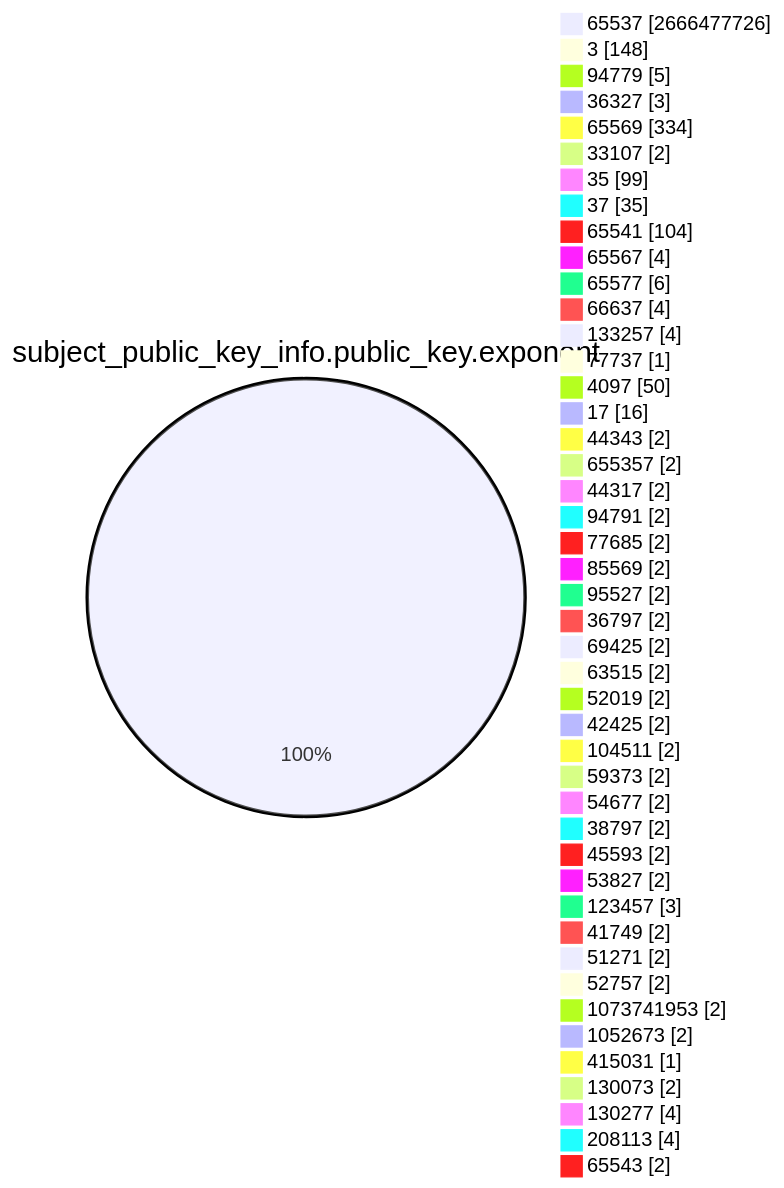
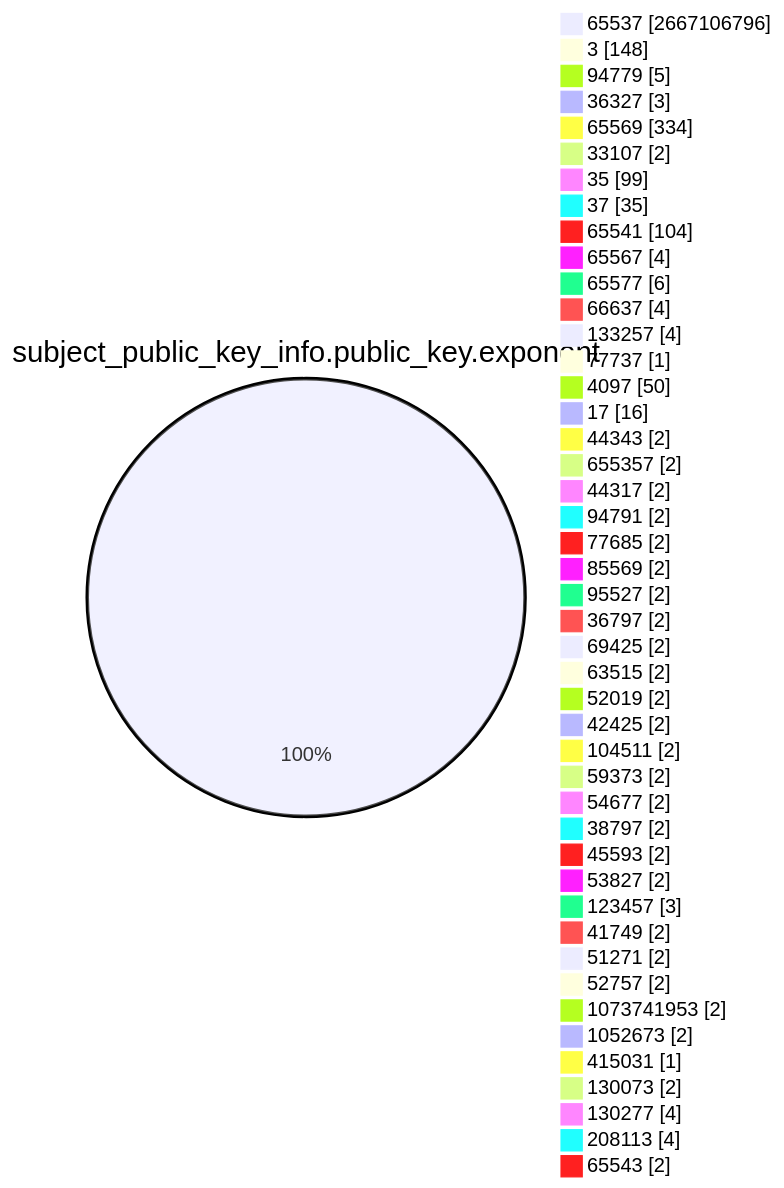
One commit to christiankrug/ctmonitor_visualization changed the fourth of 15 diagrams in TOTAL/README.md. Above: the diagram before and after it, drawn with Mermaid. The commit also changed other lines of this file, not shown here.

````diff
--- a/TOTAL/README.md
+++ b/TOTAL/README.md
@@ -1466,49 +1466,49 @@
 ```mermaid
 pie showData
 title subject_public_key_info.public_key.exponent
-"65537" :2666477726
+"65537" :2667106796
 "3" :148
 "94779" :5
 "36327" :3
 "65569" :334
 "33107" :2
 "35" :99
 "37" :35
 "65541" :104
 "65567" :4
 "65577" :6
 "66637" :4
 "133257" :4
 "77737" :1
 "4097" :50
 "17" :16
 "44343" :2
 "655357" :2
 "44317" :2
 "94791" :2
 "77685" :2
 "85569" :2
 "95527" :2
 "36797" :2
 "69425" :2
 "63515" :2
 "52019" :2
 "42425" :2
 "104511" :2
 "59373" :2
 "54677" :2
 "38797" :2
 "45593" :2
 "53827" :2
 "123457" :3
 "41749" :2
 "51271" :2
 "52757" :2
 "1073741953" :2
 "1052673" :2
 "415031" :1
 "130073" :2
 "130277" :4
 "208113" :4
 "65543" :2
 ```
````
